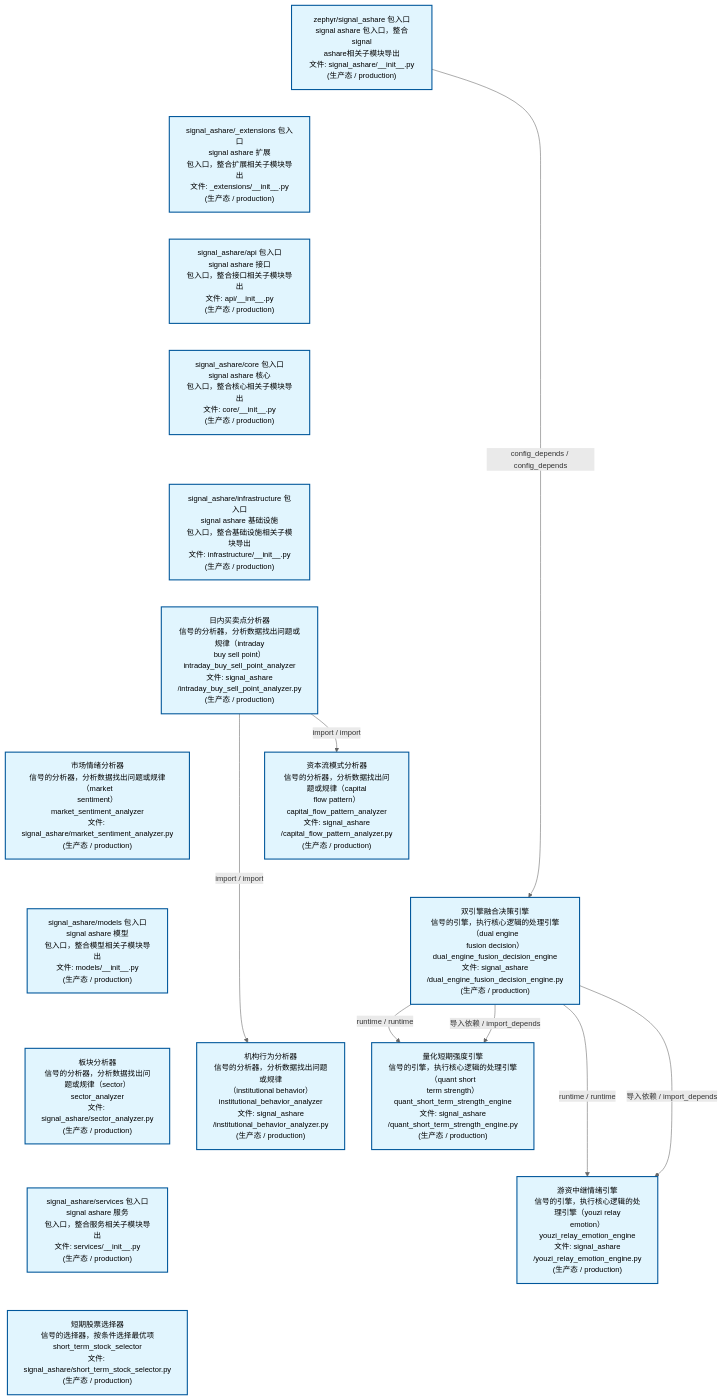
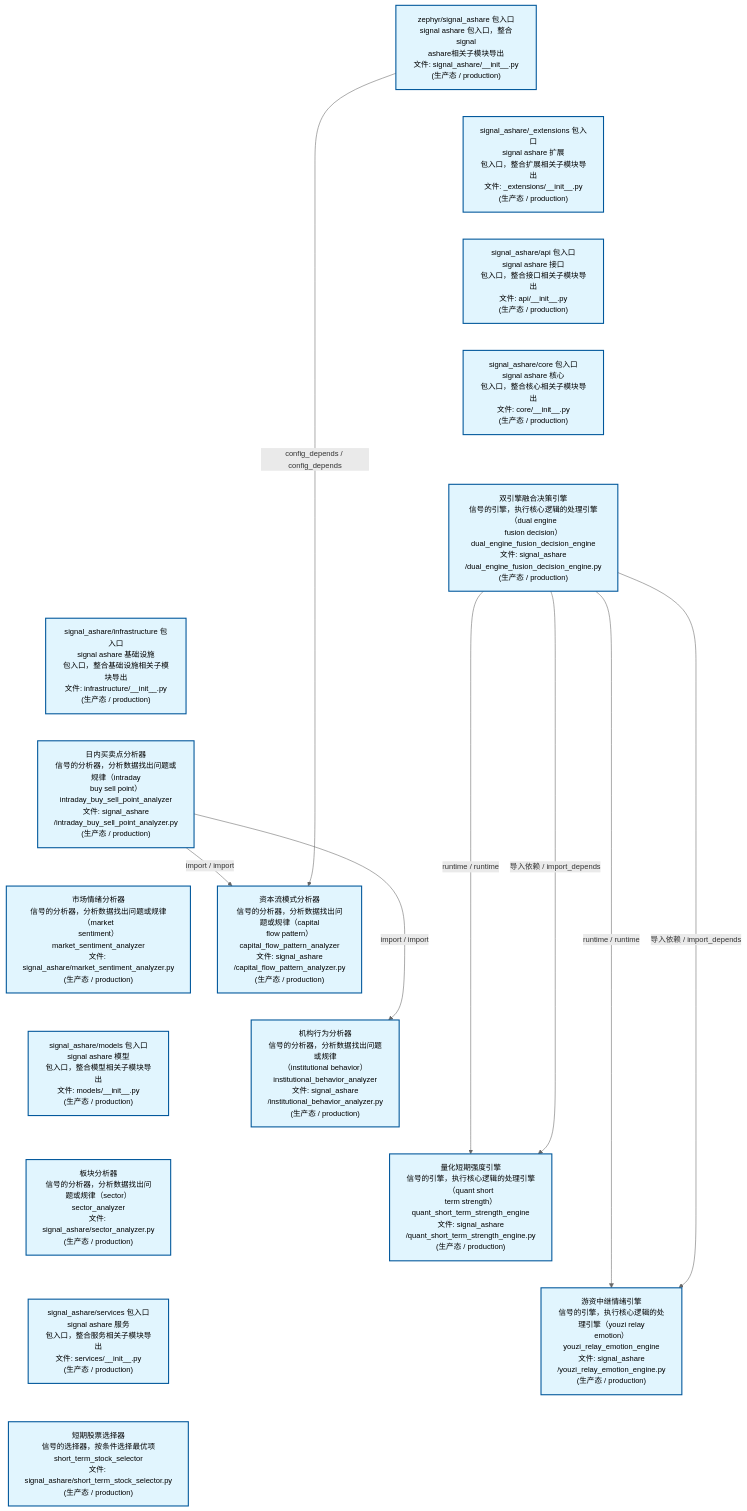
The second of 4 diagrams in docs/02_enterprise_architecture/02_domain_architecture_docs/32_d_ashare_signal.md (xuanFelixVan/ZephyrAlpha), drawn with Mermaid before and after one commit. The commit also changed other lines of this file and 50 other files, not shown here.

````diff
--- a/docs/02_enterprise_architecture/02_domain_architecture_docs/32_d_ashare_signal.md
+++ b/docs/02_enterprise_architecture/02_domain_architecture_docs/32_d_ashare_signal.md
@@ -180,45 +180,46 @@
 ```mermaid
 %%{init: {'theme': 'base', 'themeVariables': {'primaryColor': '#eaeaea', 'primaryTextColor': '#333333', 'primaryBorderColor': '#666666', 'lineColor': '#666666', 'secondaryColor': '#eaeaea', 'tertiaryColor': '#eaeaea', 'fontSize': '14px'}}}%%
 flowchart TD
     src_zephyr_signal_ashare_init_py["zephyr/signal_ashare 包入口<br/>signal ashare 包入口，整合signal<br/>ashare相关子模块导出<br/>文件: signal_ashare/__init__.py<br/>(生产态 / production)"]
     src_zephyr_signal_ashare_extensions_init_py["signal_ashare/_extensions 包入口<br/>signal ashare 扩展<br/>包入口，整合扩展相关子模块导出<br/>文件: _extensions/__init__.py<br/>(生产态 / production)"]
     src_zephyr_signal_ashare_api_init_py["signal_ashare/api 包入口<br/>signal ashare 接口<br/>包入口，整合接口相关子模块导出<br/>文件: api/__init__.py<br/>(生产态 / production)"]
     src_zephyr_signal_ashare_core_init_py["signal_ashare/core 包入口<br/>signal ashare 核心<br/>包入口，整合核心相关子模块导出<br/>文件: core/__init__.py<br/>(生产态 / production)"]
+    src_zephyr_signal_ashare_dual_engine_fusion_decision_engine_py["双引擎融合决策引擎<br/>信号的引擎，执行核心逻辑的处理引擎（dual engine<br/>fusion decision）<br/>dual_engine_fusion_decision_engine<br/>文件: signal_ashare<br/>/dual_engine_fusion_decision_engine.py<br/>(生产态 / production)"]
     src_zephyr_signal_ashare_infrastructure_init_py["signal_ashare/infrastructure 包入口<br/>signal ashare 基础设施<br/>包入口，整合基础设施相关子模块导出<br/>文件: infrastructure/__init__.py<br/>(生产态 / production)"]
     src_zephyr_signal_ashare_intraday_buy_sell_point_analyzer_py["日内买卖点分析器<br/>信号的分析器，分析数据找出问题或规律（intraday<br/>buy sell point）<br/>intraday_buy_sell_point_analyzer<br/>文件: signal_ashare<br/>/intraday_buy_sell_point_analyzer.py<br/>(生产态 / production)"]
     src_zephyr_signal_ashare_market_sentiment_analyzer_py["市场情绪分析器<br/>信号的分析器，分析数据找出问题或规律（market<br/>sentiment）<br/>market_sentiment_analyzer<br/>文件: signal_ashare/market_sentiment_analyzer.py<br/>(生产态 / production)"]
     src_zephyr_signal_ashare_models_init_py["signal_ashare/models 包入口<br/>signal ashare 模型<br/>包入口，整合模型相关子模块导出<br/>文件: models/__init__.py<br/>(生产态 / production)"]
     src_zephyr_signal_ashare_sector_analyzer_py["板块分析器<br/>信号的分析器，分析数据找出问题或规律（sector）<br/>sector_analyzer<br/>文件: signal_ashare/sector_analyzer.py<br/>(生产态 / production)"]
     src_zephyr_signal_ashare_services_init_py["signal_ashare/services 包入口<br/>signal ashare 服务<br/>包入口，整合服务相关子模块导出<br/>文件: services/__init__.py<br/>(生产态 / production)"]
     src_zephyr_signal_ashare_short_term_stock_selector_py["短期股票选择器<br/>信号的选择器，按条件选择最优项<br/>short_term_stock_selector<br/>文件: signal_ashare/short_term_stock_selector.py<br/>(生产态 / production)"]
     src_zephyr_signal_ashare_init_py ~~~ src_zephyr_signal_ashare_extensions_init_py
     src_zephyr_signal_ashare_extensions_init_py ~~~ src_zephyr_signal_ashare_api_init_py
     src_zephyr_signal_ashare_api_init_py ~~~ src_zephyr_signal_ashare_core_init_py
-    src_zephyr_signal_ashare_core_init_py ~~~ src_zephyr_signal_ashare_infrastructure_init_py
+    src_zephyr_signal_ashare_core_init_py ~~~ src_zephyr_signal_ashare_dual_engine_fusion_decision_engine_py
+    src_zephyr_signal_ashare_dual_engine_fusion_decision_engine_py ~~~ src_zephyr_signal_ashare_infrastructure_init_py
     src_zephyr_signal_ashare_infrastructure_init_py ~~~ src_zephyr_signal_ashare_intraday_buy_sell_point_analyzer_py
     src_zephyr_signal_ashare_intraday_buy_sell_point_analyzer_py ~~~ src_zephyr_signal_ashare_market_sentiment_analyzer_py
     src_zephyr_signal_ashare_market_sentiment_analyzer_py ~~~ src_zephyr_signal_ashare_models_init_py
     src_zephyr_signal_ashare_models_init_py ~~~ src_zephyr_signal_ashare_sector_analyzer_py
     src_zephyr_signal_ashare_sector_analyzer_py ~~~ src_zephyr_signal_ashare_services_init_py
     src_zephyr_signal_ashare_services_init_py ~~~ src_zephyr_signal_ashare_short_term_stock_selector_py
     src_zephyr_signal_ashare_capital_flow_pattern_analyzer_py["资本流模式分析器<br/>信号的分析器，分析数据找出问题或规律（capital<br/>flow pattern）<br/>capital_flow_pattern_analyzer<br/>文件: signal_ashare<br/>/capital_flow_pattern_analyzer.py<br/>(生产态 / production)"]
-    src_zephyr_signal_ashare_dual_engine_fusion_decision_engine_py["双引擎融合决策引擎<br/>信号的引擎，执行核心逻辑的处理引擎（dual engine<br/>fusion decision）<br/>dual_engine_fusion_decision_engine<br/>文件: signal_ashare<br/>/dual_engine_fusion_decision_engine.py<br/>(生产态 / production)"]
     src_zephyr_signal_ashare_institutional_behavior_analyzer_py["机构行为分析器<br/>信号的分析器，分析数据找出问题或规律<br/>（institutional behavior）<br/>institutional_behavior_analyzer<br/>文件: signal_ashare<br/>/institutional_behavior_analyzer.py<br/>(生产态 / production)"]
-    src_zephyr_signal_ashare_capital_flow_pattern_analyzer_py ~~~ src_zephyr_signal_ashare_dual_engine_fusion_decision_engine_py
-    src_zephyr_signal_ashare_dual_engine_fusion_decision_engine_py ~~~ src_zephyr_signal_ashare_institutional_behavior_analyzer_py
     src_zephyr_signal_ashare_quant_short_term_strength_engine_py["量化短期强度引擎<br/>信号的引擎，执行核心逻辑的处理引擎（quant short<br/>term strength）<br/>quant_short_term_strength_engine<br/>文件: signal_ashare<br/>/quant_short_term_strength_engine.py<br/>(生产态 / production)"]
     src_zephyr_signal_ashare_youzi_relay_emotion_engine_py["游资中继情绪引擎<br/>信号的引擎，执行核心逻辑的处理引擎（youzi relay<br/>emotion）<br/>youzi_relay_emotion_engine<br/>文件: signal_ashare<br/>/youzi_relay_emotion_engine.py<br/>(生产态 / production)"]
+    src_zephyr_signal_ashare_capital_flow_pattern_analyzer_py ~~~ src_zephyr_signal_ashare_institutional_behavior_analyzer_py
+    src_zephyr_signal_ashare_institutional_behavior_analyzer_py ~~~ src_zephyr_signal_ashare_quant_short_term_strength_engine_py
     src_zephyr_signal_ashare_quant_short_term_strength_engine_py ~~~ src_zephyr_signal_ashare_youzi_relay_emotion_engine_py
+    src_zephyr_signal_ashare_dual_engine_fusion_decision_engine_py -->|runtime / runtime| src_zephyr_signal_ashare_youzi_relay_emotion_engine_py
+    src_zephyr_signal_ashare_dual_engine_fusion_decision_engine_py -->|导入依赖 / import_depends| src_zephyr_signal_ashare_youzi_relay_emotion_engine_py
     src_zephyr_signal_ashare_dual_engine_fusion_decision_engine_py -->|runtime / runtime| src_zephyr_signal_ashare_quant_short_term_strength_engine_py
     src_zephyr_signal_ashare_dual_engine_fusion_decision_engine_py -->|导入依赖 / import_depends| src_zephyr_signal_ashare_quant_short_term_strength_engine_py
-    src_zephyr_signal_ashare_dual_engine_fusion_decision_engine_py -->|runtime / runtime| src_zephyr_signal_ashare_youzi_relay_emotion_engine_py
-    src_zephyr_signal_ashare_dual_engine_fusion_decision_engine_py -->|导入依赖 / import_depends| src_zephyr_signal_ashare_youzi_relay_emotion_engine_py
+    src_zephyr_signal_ashare_intraday_buy_sell_point_analyzer_py -->|import / import| src_zephyr_signal_ashare_capital_flow_pattern_analyzer_py
     src_zephyr_signal_ashare_intraday_buy_sell_point_analyzer_py -->|import / import| src_zephyr_signal_ashare_institutional_behavior_analyzer_py
-    src_zephyr_signal_ashare_intraday_buy_sell_point_analyzer_py -->|import / import| src_zephyr_signal_ashare_capital_flow_pattern_analyzer_py
-    src_zephyr_signal_ashare_init_py -->|config_depends / config_depends| src_zephyr_signal_ashare_dual_engine_fusion_decision_engine_py
+    src_zephyr_signal_ashare_init_py -->|config_depends / config_depends| src_zephyr_signal_ashare_capital_flow_pattern_analyzer_py
     classDef production fill:#e1f5fe,stroke:#01579b,stroke-width:2px,color:#000
     classDef design fill:#fff3e0,stroke:#e65100,stroke-width:2px,color:#000,stroke-dasharray: 5 5
     classDef external_prod fill:#e8f4fd,stroke:#0277bd,stroke-width:1px,color:#000
     classDef external_design fill:#fff8e7,stroke:#ef6c00,stroke-width:1px,color:#000,stroke-dasharray: 5 5
     class src_zephyr_signal_ashare_init_py,src_zephyr_signal_ashare_extensions_init_py,src_zephyr_signal_ashare_api_init_py,src_zephyr_signal_ashare_capital_flow_pattern_analyzer_py,src_zephyr_signal_ashare_core_init_py,src_zephyr_signal_ashare_dual_engine_fusion_decision_engine_py,src_zephyr_signal_ashare_infrastructure_init_py,src_zephyr_signal_ashare_institutional_behavior_analyzer_py,src_zephyr_signal_ashare_intraday_buy_sell_point_analyzer_py,src_zephyr_signal_ashare_market_sentiment_analyzer_py,src_zephyr_signal_ashare_models_init_py,src_zephyr_signal_ashare_quant_short_term_strength_engine_py,src_zephyr_signal_ashare_sector_analyzer_py,src_zephyr_signal_ashare_services_init_py,src_zephyr_signal_ashare_short_term_stock_selector_py,src_zephyr_signal_ashare_youzi_relay_emotion_engine_py production
 ```
````
